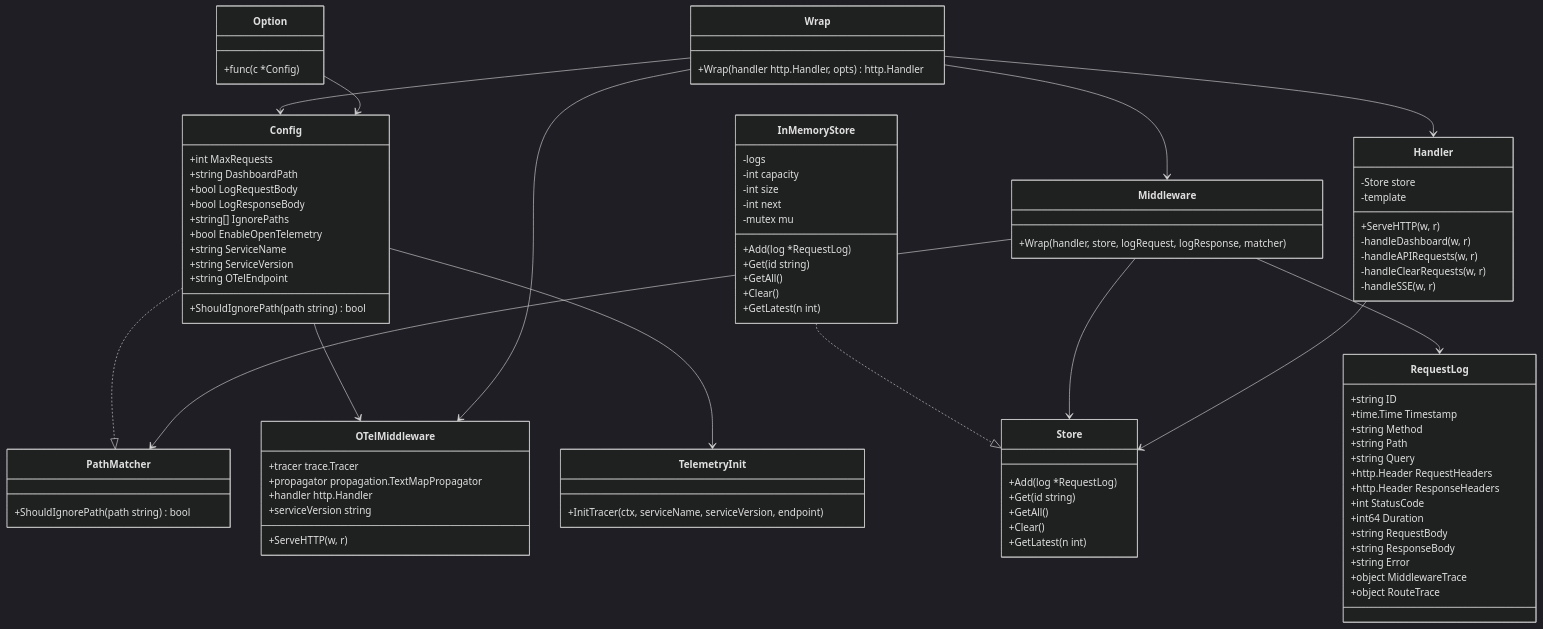
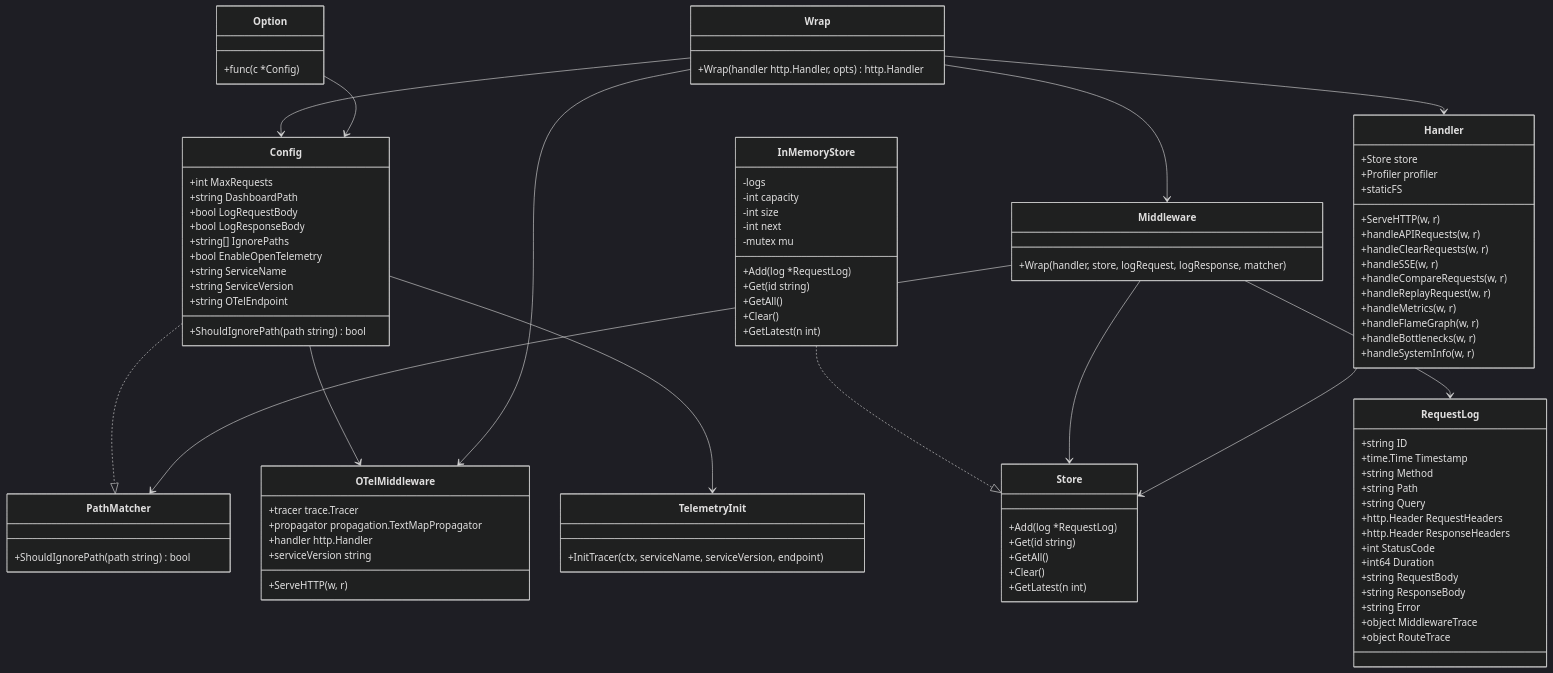
One commit to doganarif/GoVisual changed the second of 2 diagrams in docs/LOGIC.md. Above: the diagram before and after it, drawn with Mermaid (dark theme). The commit also changed other lines of this file and 77 other files, not shown here.

```diff
--- a/docs/LOGIC.md
+++ b/docs/LOGIC.md
@@ -157,13 +157,19 @@
     }
 
     class Handler {
-        -Store store
-        -template
+        +Store store
+        +Profiler profiler
+        +staticFS
         +ServeHTTP(w, r)
-        -handleDashboard(w, r)
-        -handleAPIRequests(w, r)
-        -handleClearRequests(w, r)
-        -handleSSE(w, r)
+        +handleAPIRequests(w, r)
+        +handleClearRequests(w, r)
+        +handleSSE(w, r)
+        +handleCompareRequests(w, r)
+        +handleReplayRequest(w, r)
+        +handleMetrics(w, r)
+        +handleFlameGraph(w, r)
+        +handleBottlenecks(w, r)
+        +handleSystemInfo(w, r)
     }
 
     class Middleware {
```
